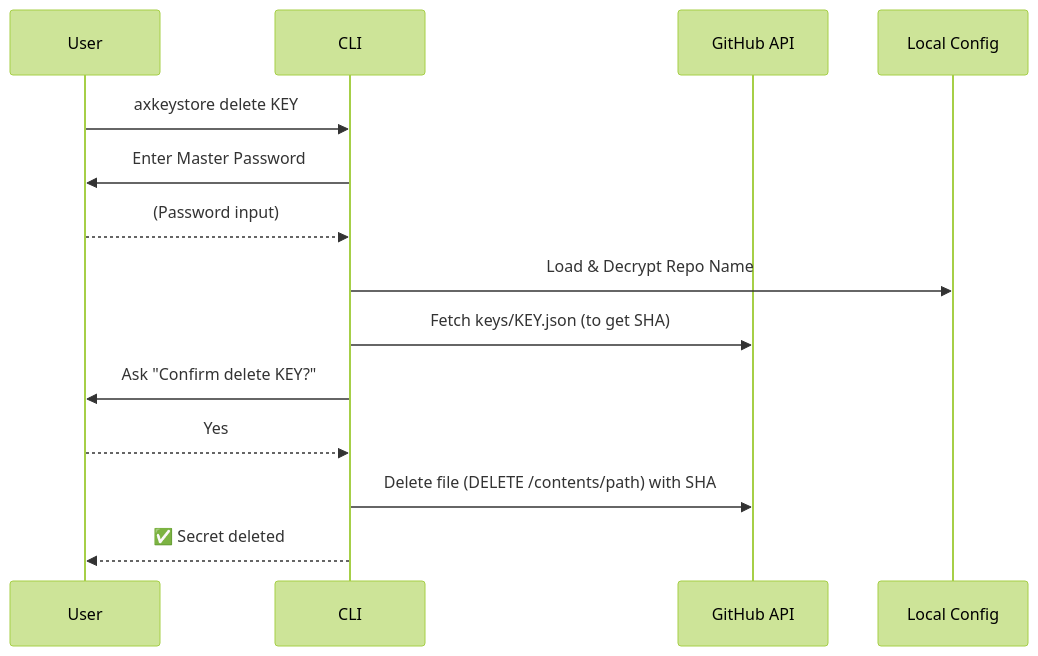
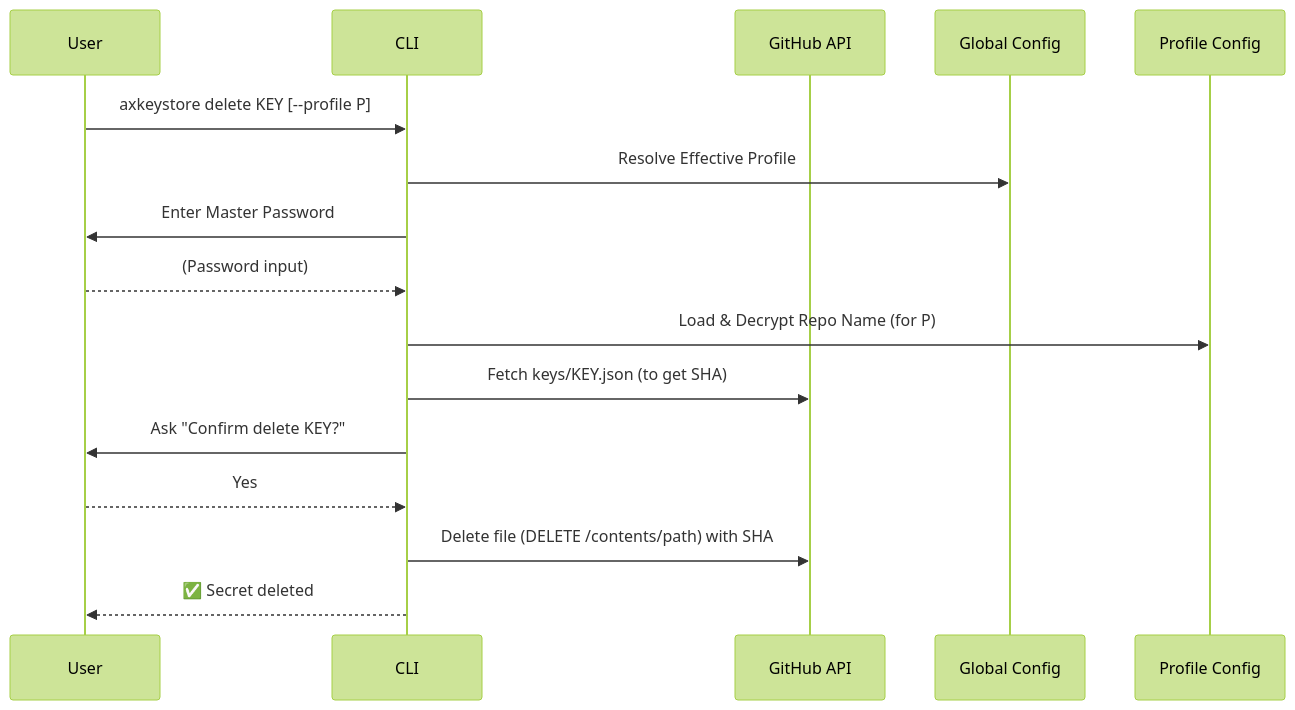
The sixth of 7 diagrams in README.md (basilgregory/axkeystore), drawn with Mermaid (forest theme) before and after one commit. The commit also changed other lines of this file and 5 other files, not shown here.

Commit message:
added muliple profile features. each profile can have own master password and repo.

````diff
--- a/README.md
+++ b/README.md
@@ -307,17 +363,19 @@
 ```mermaid
 sequenceDiagram
     participant U as User
     participant C as CLI
     participant G as GitHub API
-    participant LC as Local Config
+    participant GC as Global Config
+    participant PC as Profile Config
 
-    U->>C: axkeystore delete KEY
+    U->>C: axkeystore delete KEY [--profile P]
+    C->>GC: Resolve Effective Profile
     C->>U: Enter Master Password
     U-->>C: (Password input)
-    C->>LC: Load & Decrypt Repo Name
+    C->>PC: Load & Decrypt Repo Name (for P)
     C->>G: Fetch keys/KEY.json (to get SHA)
     C->>U: Ask "Confirm delete KEY?"
     U-->>C: Yes
     C->>G: Delete file (DELETE /contents/path) with SHA
     C-->>U: ✅ Secret deleted
 ```
````
